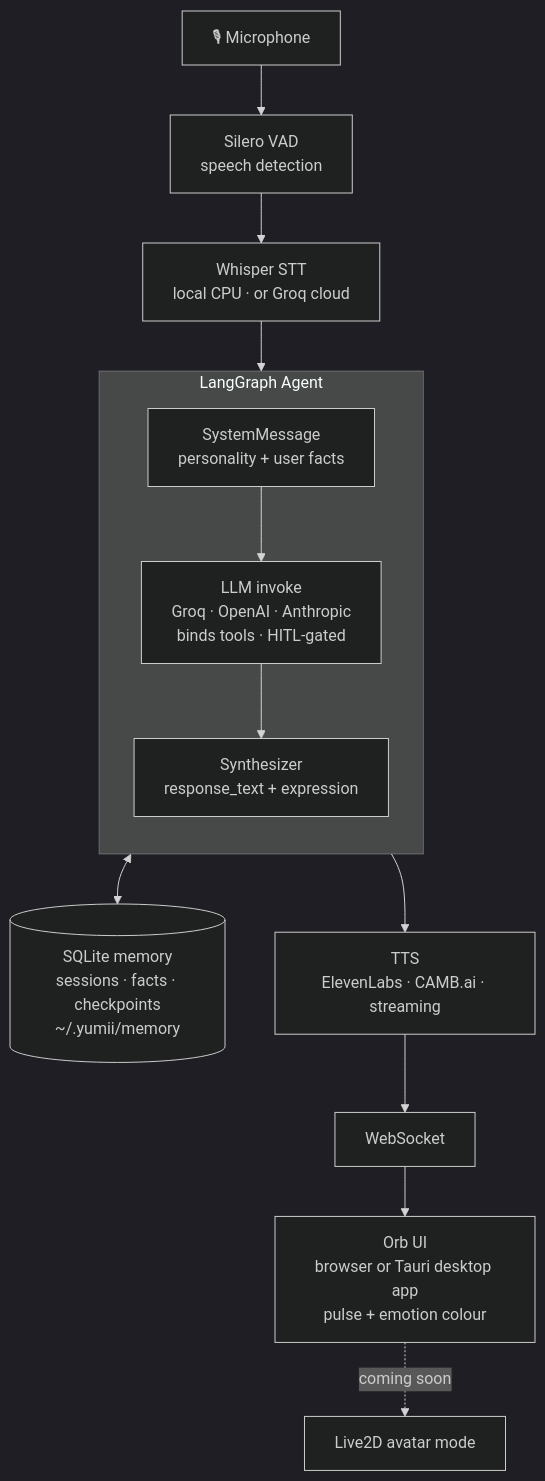
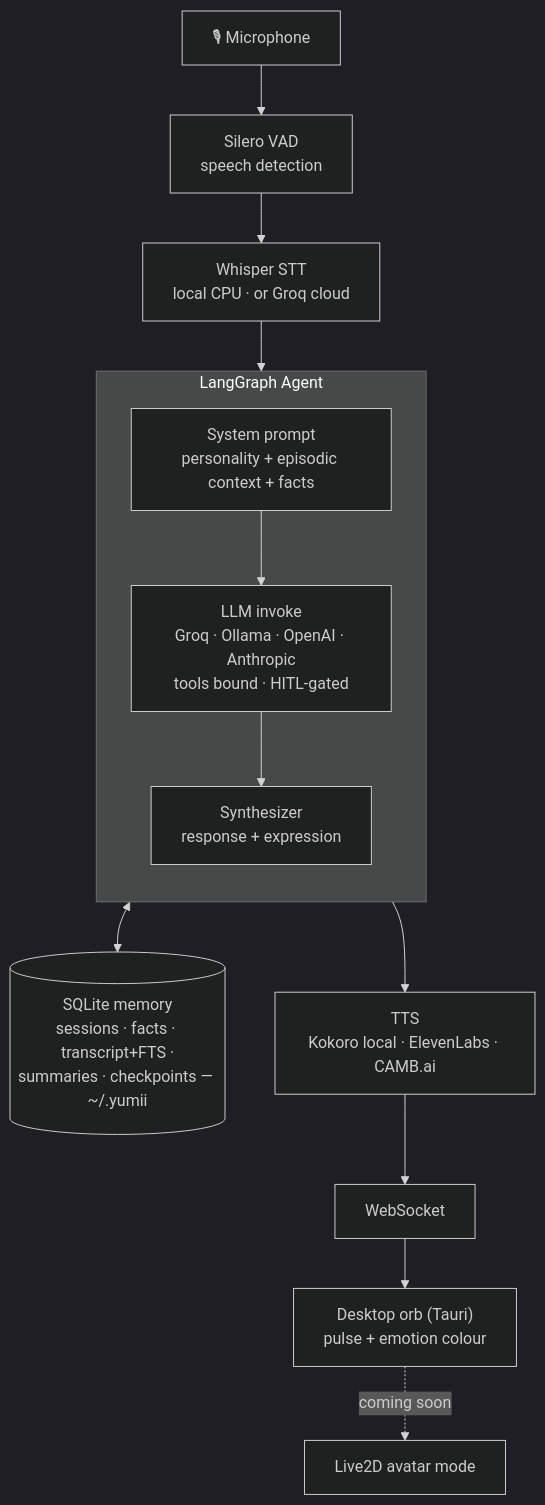
The diagram in README.md (CodeNeuron58/Yumii), drawn with Mermaid (dark theme) before and after one commit. The commit also changed other lines of this file and 6 other files, not shown here.

````diff
--- a/README.md
+++ b/README.md
@@ -229,18 +98,18 @@
 ```mermaid
 flowchart TD
     mic["🎙 Microphone"] --> vad["Silero VAD<br/>speech detection"]
     vad --> stt["Whisper STT<br/>local CPU · or Groq cloud"]
     stt --> agent
 
     subgraph agent [LangGraph Agent]
         direction TB
-        sys["SystemMessage<br/>personality + user facts"] --> llm["LLM invoke<br/>Groq · OpenAI · Anthropic<br/>binds tools · HITL-gated"]
-        llm --> synth["Synthesizer<br/>response_text + expression"]
+        sys["System prompt<br/>personality + episodic context + facts"] --> llm["LLM invoke<br/>Groq · Ollama · OpenAI · Anthropic<br/>tools bound · HITL-gated"]
+        llm --> synth["Synthesizer<br/>response + expression"]
     end
 
-    agent <--> mem[("SQLite memory<br/>sessions · facts · checkpoints<br/>~/.yumii/memory")]
-    agent --> tts["TTS<br/>ElevenLabs · CAMB.ai · streaming"]
+    agent <--> mem[("SQLite memory<br/>sessions · facts · transcript+FTS ·<br/>summaries · checkpoints — ~/.yumii")]
+    agent --> tts["TTS<br/>Kokoro local · ElevenLabs · CAMB.ai"]
     tts --> ws["WebSocket"]
-    ws --> orb["Orb UI<br/>browser or Tauri desktop app<br/>pulse + emotion colour"]
+    ws --> orb["Desktop orb (Tauri)<br/>pulse + emotion colour"]
     orb -.->|coming soon| live2d["Live2D avatar mode"]
 ```
````
